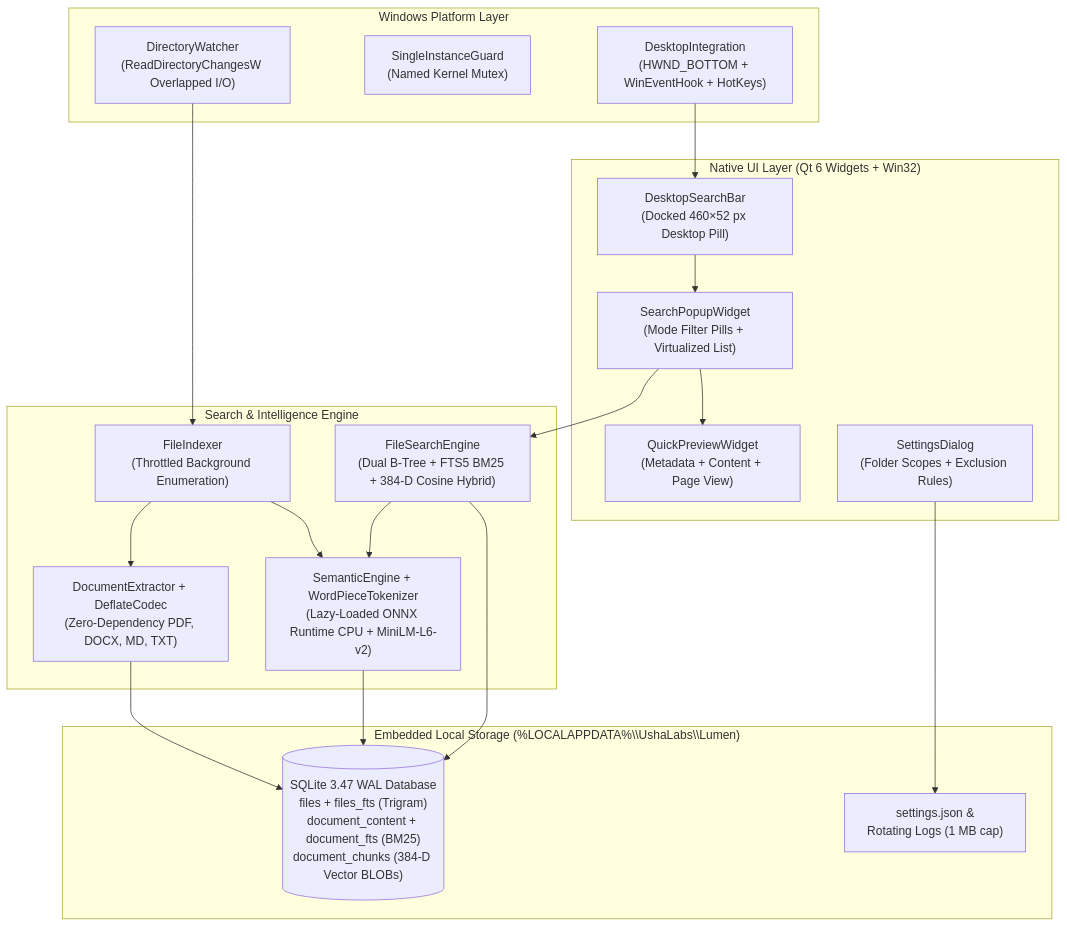
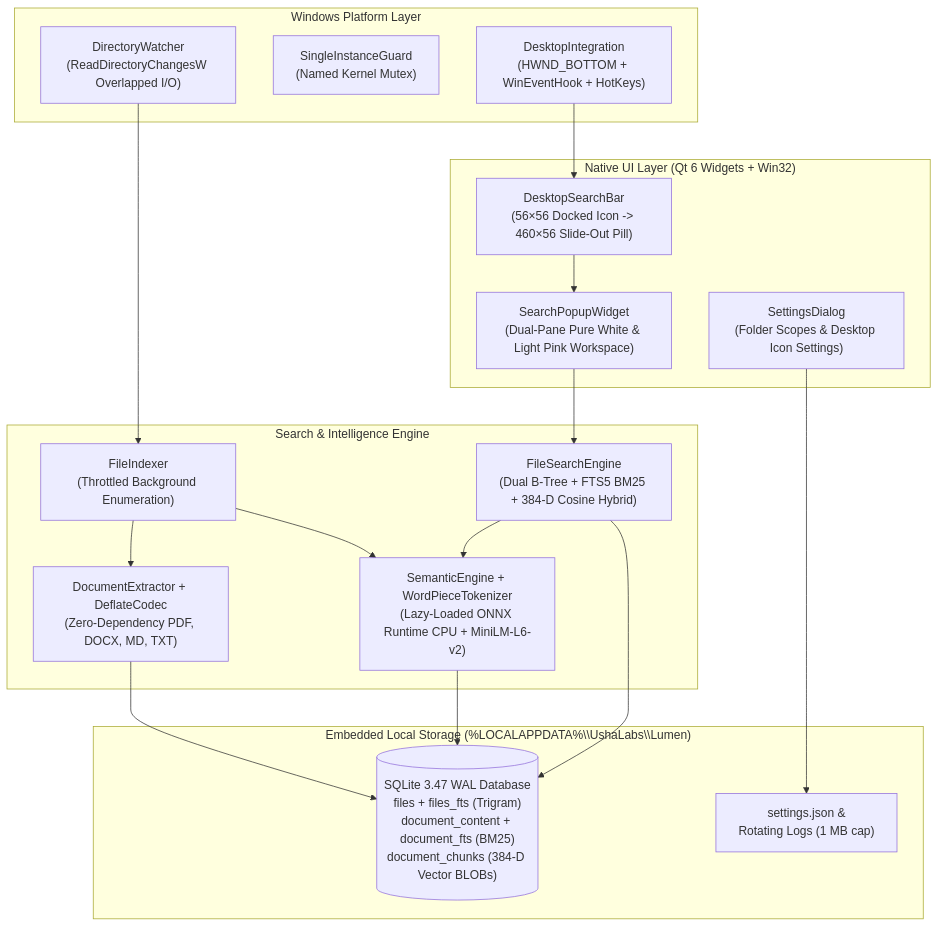
The diagram in README.md (ushalabs/Lumen), drawn with Mermaid before and after one commit. The commit also changed other lines of this file and 29 other files, not shown here.

Commit message:
refactor(ui): pure white & pink desktop icon slide-out GUI with clean summary

````diff
--- a/README.md
+++ b/README.md
@@ -143,40 +137,38 @@
 ```mermaid
 flowchart TD
     subgraph UI["Native UI Layer (Qt 6 Widgets + Win32)"]
-        Bar["DesktopSearchBar\n(Docked 460×52 px Desktop Pill)"]
-        Popup["SearchPopupWidget\n(Mode Filter Pills + Virtualized List)"]
-        Preview["QuickPreviewWidget\n(Metadata + Content + Page View)"]
-        Settings["SettingsDialog\n(Folder Scopes + Exclusion Rules)"]
+        Bar["DesktopSearchBar\n(56×56 Docked Icon -> 460×56 Slide-Out Pill)"]
+        Popup["SearchPopupWidget\n(Dual-Pane Pure White & Light Pink Workspace)"]
+        Settings["SettingsDialog\n(Folder Scopes & Desktop Icon Settings)"]
     end
 
     subgraph Platform["Windows Platform Layer"]
         WinInt["DesktopIntegration\n(HWND_BOTTOM + WinEventHook + HotKeys)"]
         Mutex["SingleInstanceGuard\n(Named Kernel Mutex)"]
         Watcher["DirectoryWatcher\n(ReadDirectoryChangesW Overlapped I/O)"]
     end
 
     subgraph Engine["Search & Intelligence Engine"]
         Indexer["FileIndexer\n(Throttled Background Enumeration)"]
         Extractor["DocumentExtractor + DeflateCodec\n(Zero-Dependency PDF, DOCX, MD, TXT)"]
         Semantic["SemanticEngine + WordPieceTokenizer\n(Lazy-Loaded ONNX Runtime CPU + MiniLM-L6-v2)"]
         Searcher["FileSearchEngine\n(Dual B-Tree + FTS5 BM25 + 384-D Cosine Hybrid)"]
     end
 
     subgraph Storage["Embedded Local Storage (%LOCALAPPDATA%\\UshaLabs\\Lumen)"]
         DB[("SQLite 3.47 WAL Database\nfiles + files_fts (Trigram)\ndocument_content + document_fts (BM25)\ndocument_chunks (384-D Vector BLOBs)")]
         Config["settings.json &\nRotating Logs (1 MB cap)"]
     end
 
     WinInt --> Bar
     Bar --> Popup
-    Popup --> Preview
     Settings --> Config
     Watcher --> Indexer
     Indexer --> Extractor
     Indexer --> Semantic
     Extractor --> DB
     Semantic --> DB
     Popup --> Searcher
     Searcher --> DB
     Searcher --> Semantic
 ```
````
